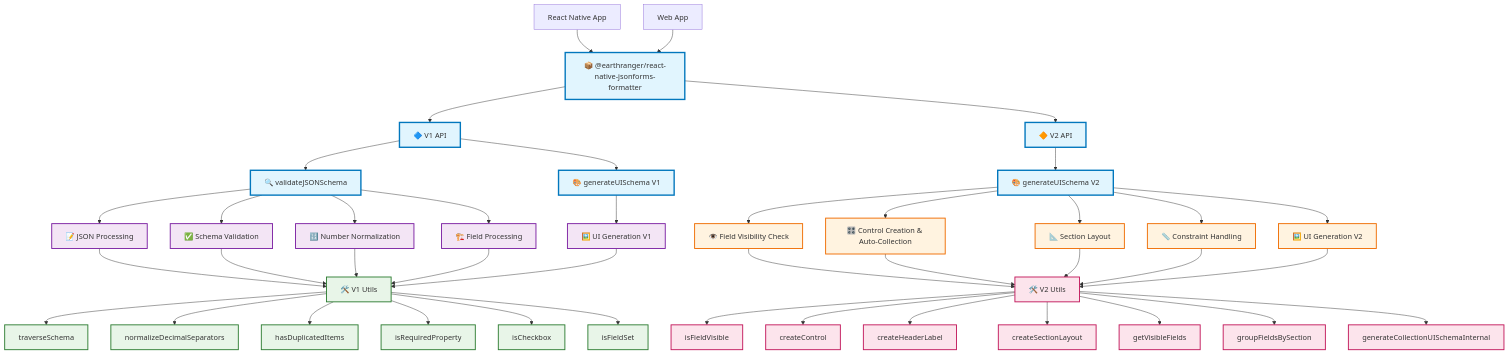
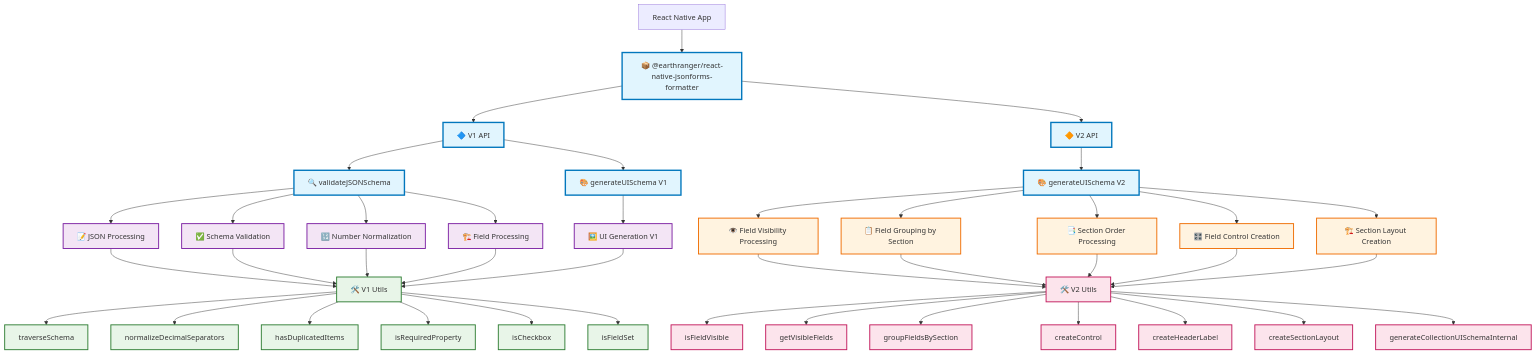
The diagram in component-diagram.md (PADAS/react-native-jsonforms-formatter), drawn with Mermaid before and after one commit. The commit also changed other lines of this file, not shown here.

Commit message:
update diagram with latest v2 updates

````diff
--- a/component-diagram.md
+++ b/component-diagram.md
@@ -4,7 +4,6 @@
 graph TD
     %% External consumers
     RN[React Native App]
-    WEB[Web App]
     
     %% Main library interface
     LIB[📦 @earthranger/react-native-jsonforms-formatter]
@@ -26,11 +25,11 @@
     UI_GEN_V1[🖼️ UI Generation V1]
     
     %% V2 Processing modules
-    FIELD_VISIBILITY[👁️ Field Visibility Check]
-    CONTROL_CREATION[🎛️ Control Creation & Auto-Collection]
-    SECTION_LAYOUT[📐 Section Layout]
-    CONSTRAINT_HANDLING[📏 Constraint Handling]
-    UI_GEN_V2[🖼️ UI Generation V2]
+    FIELD_VISIBILITY[👁️ Field Visibility Processing]
+    FIELD_GROUPING[📋 Field Grouping by Section]
+    SECTION_ORDER[📑 Section Order Processing]
+    CONTROL_CREATION[🎛️ Field Control Creation]
+    LAYOUT_CREATION[🏗️ Section Layout Creation]
     
     %% V1 Utility functions
     UTILS_V1[🛠️ V1 Utils]
@@ -44,16 +43,15 @@
     %% V2 Utility functions  
     UTILS_V2[🛠️ V2 Utils]
     IS_VISIBLE[isFieldVisible]
+    GET_VISIBLE[getVisibleFields]
+    GROUP_FIELDS[groupFieldsBySection]
     CREATE_CONTROL[createControl]
     CREATE_HEADER[createHeaderLabel]
     CREATE_SECTION[createSectionLayout]
-    GET_VISIBLE[getVisibleFields]
-    GROUP_FIELDS[groupFieldsBySection]
     COLLECTION_INTERNAL[generateCollectionUISchemaInternal]
     
     %% Data flow
     RN --> LIB
-    WEB --> LIB
     
     LIB --> V1_API
     LIB --> V2_API
@@ -86,23 +84,23 @@
     V2_API --> GENERATE_V2
     
     GENERATE_V2 --> FIELD_VISIBILITY
+    GENERATE_V2 --> FIELD_GROUPING
+    GENERATE_V2 --> SECTION_ORDER
     GENERATE_V2 --> CONTROL_CREATION
-    GENERATE_V2 --> SECTION_LAYOUT
-    GENERATE_V2 --> CONSTRAINT_HANDLING
-    GENERATE_V2 --> UI_GEN_V2
+    GENERATE_V2 --> LAYOUT_CREATION
     
     FIELD_VISIBILITY --> UTILS_V2
+    FIELD_GROUPING --> UTILS_V2
+    SECTION_ORDER --> UTILS_V2
     CONTROL_CREATION --> UTILS_V2
-    SECTION_LAYOUT --> UTILS_V2
-    CONSTRAINT_HANDLING --> UTILS_V2
-    UI_GEN_V2 --> UTILS_V2
+    LAYOUT_CREATION --> UTILS_V2
     
     UTILS_V2 --> IS_VISIBLE
+    UTILS_V2 --> GET_VISIBLE
+    UTILS_V2 --> GROUP_FIELDS
     UTILS_V2 --> CREATE_CONTROL
     UTILS_V2 --> CREATE_HEADER
     UTILS_V2 --> CREATE_SECTION
-    UTILS_V2 --> GET_VISIBLE
-    UTILS_V2 --> GROUP_FIELDS
     UTILS_V2 --> COLLECTION_INTERNAL
     
     %% Styling
@@ -114,7 +112,7 @@
     
     class LIB,V1_API,V2_API,VALIDATE,GENERATE_V1,GENERATE_V2 publicAPI
     class JSON_PROC,SCHEMA_VAL,NUMBER_NORM,FIELD_PROC,UI_GEN_V1 v1Internal
-    class FIELD_VISIBILITY,CONTROL_CREATION,SECTION_LAYOUT,CONSTRAINT_HANDLING,UI_GEN_V2 v2Internal
+    class FIELD_VISIBILITY,FIELD_GROUPING,SECTION_ORDER,CONTROL_CREATION,LAYOUT_CREATION v2Internal
     class UTILS_V1,TRAVERSE,NORMALIZE,DUPLICATE,REQUIRED,CHECKBOX,FIELDSET v1Utility
-    class UTILS_V2,IS_VISIBLE,CREATE_CONTROL,CREATE_HEADER,CREATE_SECTION,GET_VISIBLE,GROUP_FIELDS,COLLECTION_INTERNAL v2Utility
+    class UTILS_V2,IS_VISIBLE,GET_VISIBLE,GROUP_FIELDS,CREATE_CONTROL,CREATE_HEADER,CREATE_SECTION,COLLECTION_INTERNAL v2Utility
 ```
````
